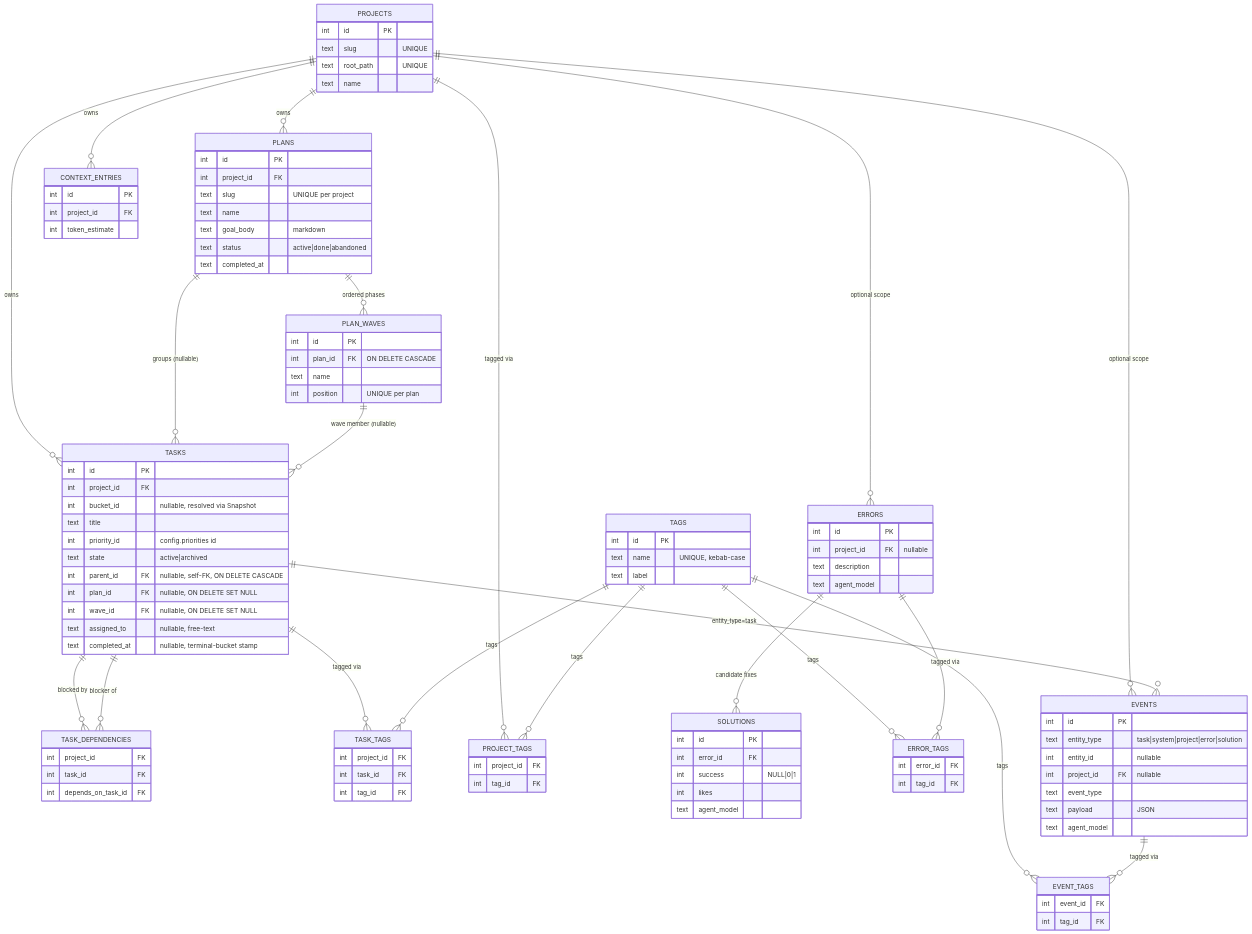
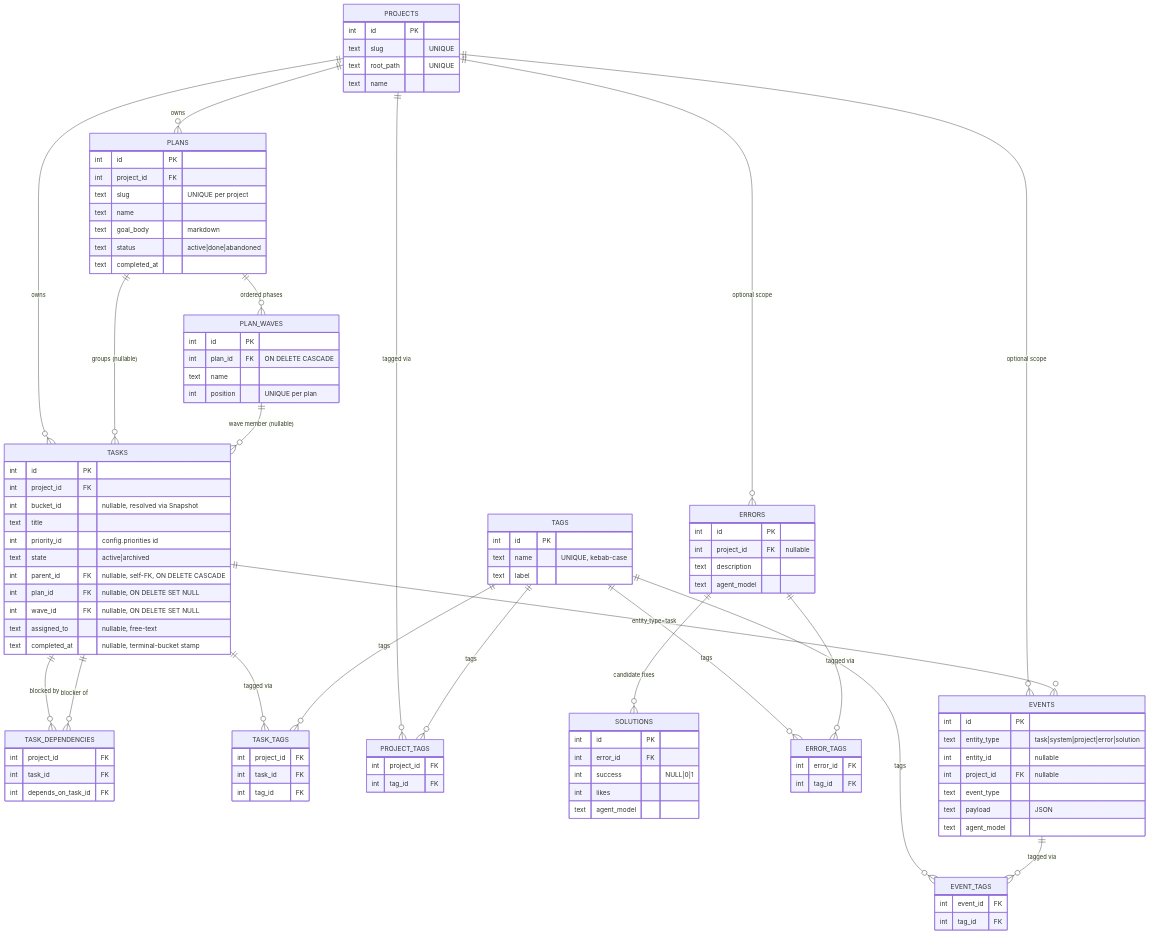
Before and after one commit to This-Is-NPC/omakiten: the diagram in .docs/internal/data-model.md, drawn with Mermaid. The commit also changed other lines of this file and 144 other files, not shown here.

First line of the commit message:
fix!: context is comments-only + project.edit description write path (#111)

```diff
--- a/.docs/internal/data-model.md
+++ b/.docs/internal/data-model.md
@@ -100,11 +101,6 @@
         int project_id FK
         int task_id FK
         int depends_on_task_id FK
-    }
-    CONTEXT_ENTRIES {
-        int  id PK
-        int  project_id FK
-        int  token_estimate
     }
     TAGS {
         int  id PK
@@ -152,7 +148,6 @@
     }
 
     PROJECTS ||--o{ TASKS           : owns
-    PROJECTS ||--o{ CONTEXT_ENTRIES : owns
     PROJECTS ||--o{ ERRORS          : "optional scope"
     PROJECTS ||--o{ PROJECT_TAGS    : "tagged via"
     PROJECTS ||--o{ EVENTS          : "optional scope"
```
